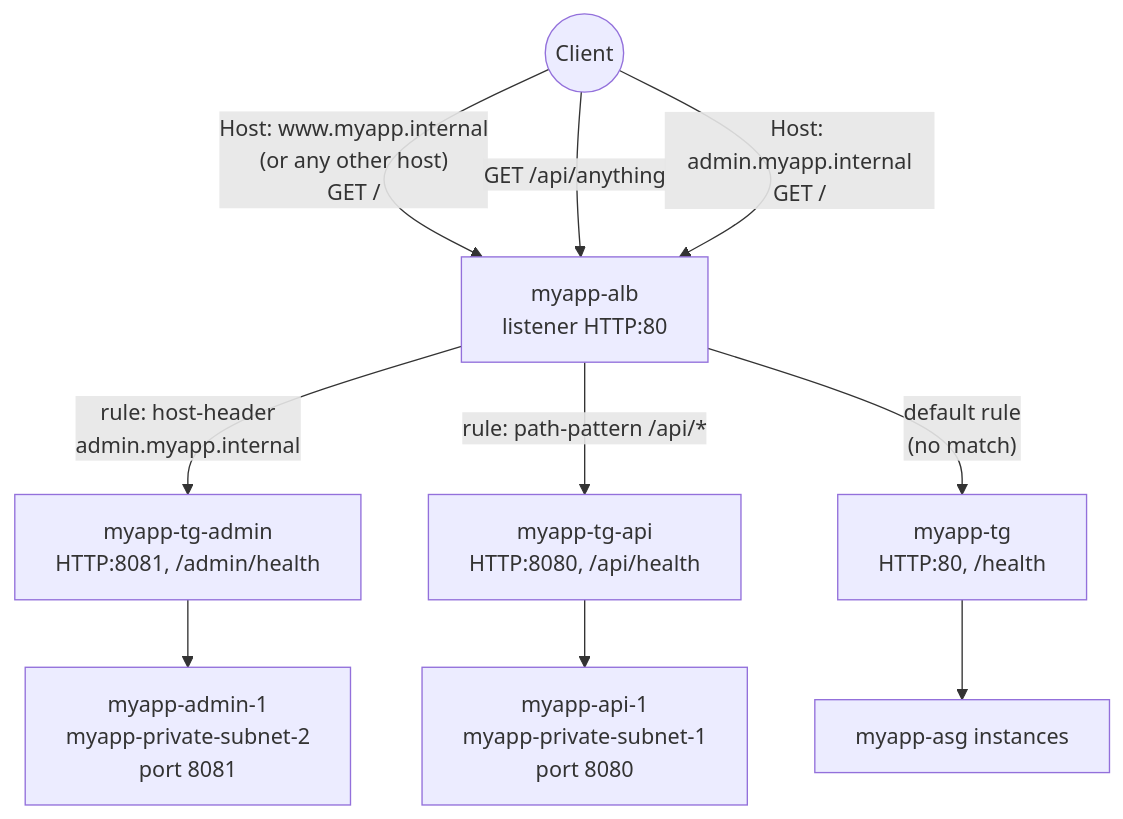
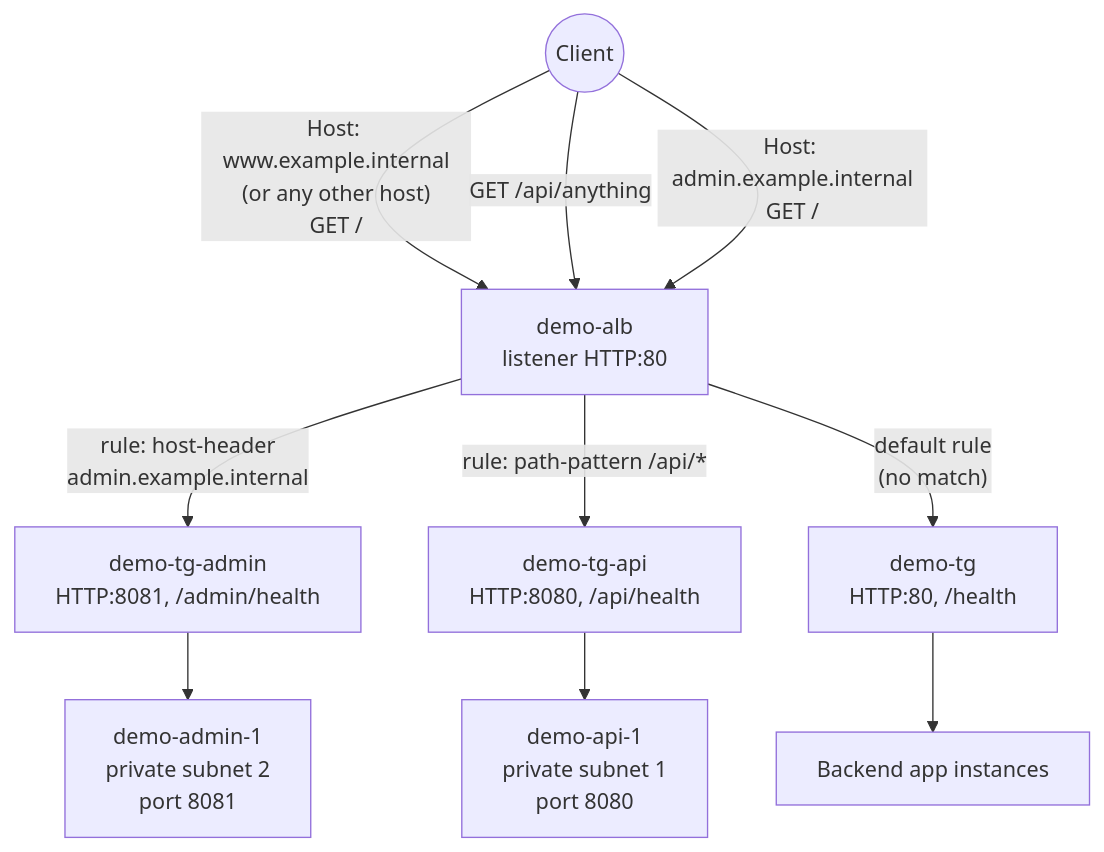
Before and after one commit to msdeepak052/AWS_Imp_Concepts: the diagram in EC2/LoadBalancer/08-ALB-Host-Based-Routing-HandsOn.md, drawn with Mermaid. The commit also changed other lines of this file and 66 other files, not shown here.

````diff
--- a/EC2/LoadBalancer/08-ALB-Host-Based-Routing-HandsOn.md
+++ b/EC2/LoadBalancer/08-ALB-Host-Based-Routing-HandsOn.md
@@ -19,14 +19,14 @@
 ```mermaid
 flowchart TD
-    CLIENT(("Client")) -->|"Host: www.myapp.internal<br/>(or any other host)<br/>GET /"| ALB["myapp-alb<br/>listener HTTP:80"]
+    CLIENT(("Client")) -->|"Host: www.example.internal<br/>(or any other host)<br/>GET /"| ALB["demo-alb<br/>listener HTTP:80"]
     CLIENT -->|"GET /api/anything"| ALB
-    CLIENT -->|"Host: admin.myapp.internal<br/>GET /"| ALB
+    CLIENT -->|"Host: admin.example.internal<br/>GET /"| ALB
 
-    ALB -->|"rule: host-header<br/>admin.myapp.internal"| TGADMIN["myapp-tg-admin<br/>HTTP:8081, /admin/health"]
-    ALB -->|"rule: path-pattern /api/*"| TGAPI["myapp-tg-api<br/>HTTP:8080, /api/health"]
-    ALB -->|"default rule<br/>(no match)"| TG["myapp-tg<br/>HTTP:80, /health"]
+    ALB -->|"rule: host-header<br/>admin.example.internal"| TGADMIN["demo-tg-admin<br/>HTTP:8081, /admin/health"]
+    ALB -->|"rule: path-pattern /api/*"| TGAPI["demo-tg-api<br/>HTTP:8080, /api/health"]
+    ALB -->|"default rule<br/>(no match)"| TG["demo-tg<br/>HTTP:80, /health"]
 
-    TGADMIN --> ADMIN1["myapp-admin-1<br/>myapp-private-subnet-2<br/>port 8081"]
-    TGAPI --> API1["myapp-api-1<br/>myapp-private-subnet-1<br/>port 8080"]
-    TG --> ASG["myapp-asg instances"]
+    TGADMIN --> ADMIN1["demo-admin-1<br/>private subnet 2<br/>port 8081"]
+    TGAPI --> API1["demo-api-1<br/>private subnet 1<br/>port 8080"]
+    TG --> ASG["Backend app instances"]
 ```
````
